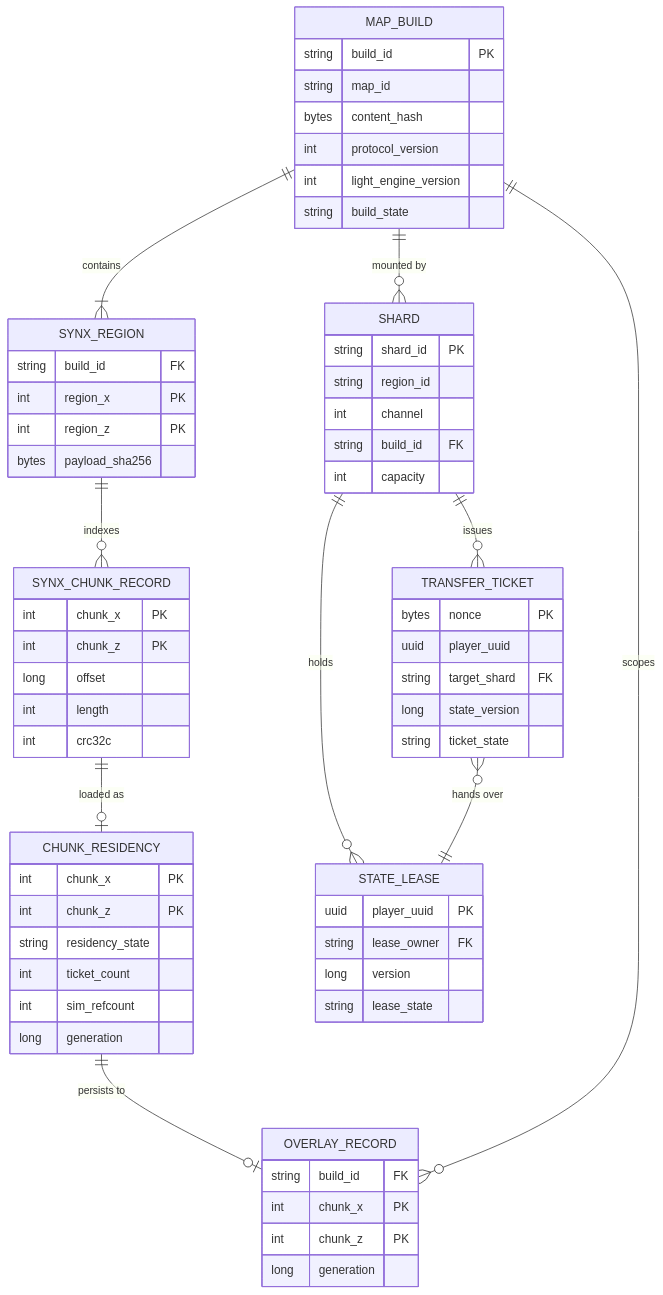
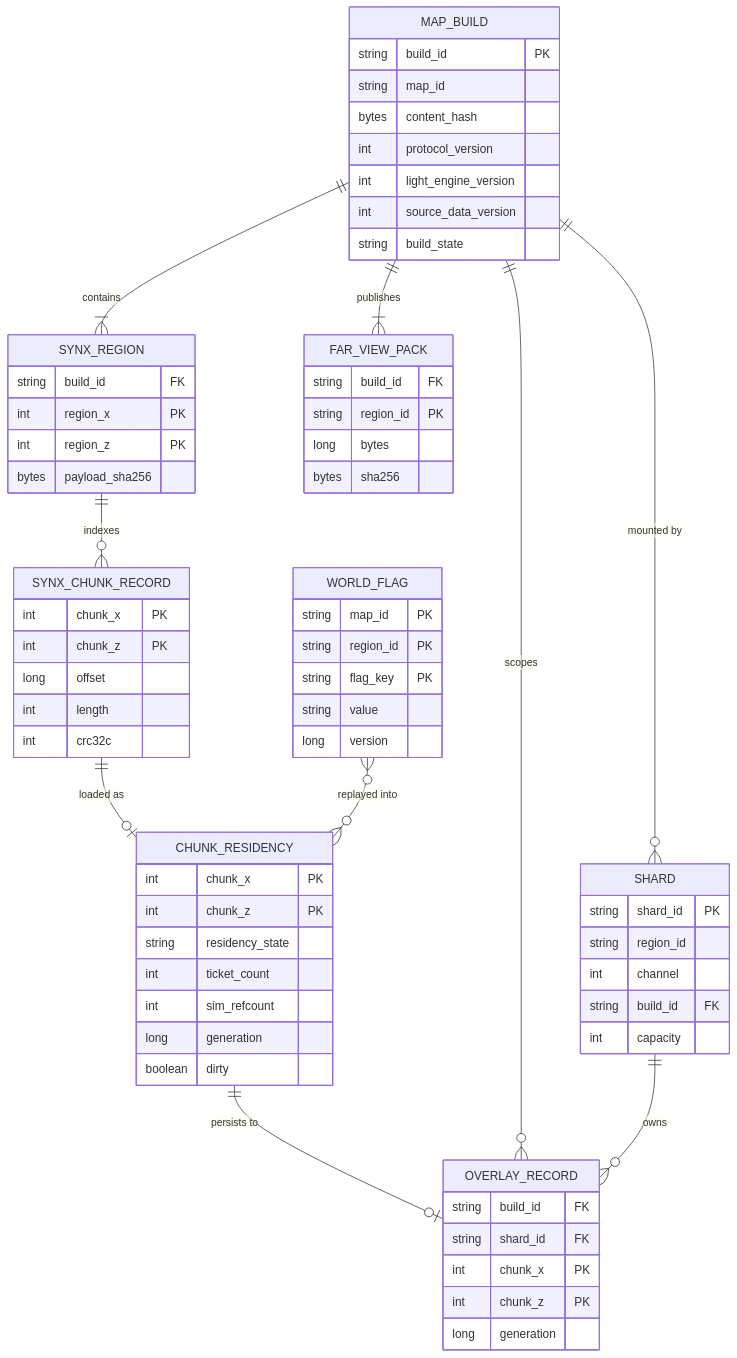
Before and after one commit to Bearisbug/synaxis: the second of 9 diagrams in docs/DESIGN-M3.md, drawn with Mermaid. The commit also changed other lines of this file and 5 other files, not shown here.

Commit message:
docs: DESIGN-M3 v0.3 for large world, storage, lighting and far view

````diff
--- a/docs/DESIGN-M3.md
+++ b/docs/DESIGN-M3.md
@@ -261,67 +313,70 @@
 ```mermaid
 erDiagram
   MAP_BUILD ||--|{ SYNX_REGION : contains
+  MAP_BUILD ||--|{ FAR_VIEW_PACK : publishes
   SYNX_REGION ||--o{ SYNX_CHUNK_RECORD : indexes
   SYNX_CHUNK_RECORD ||--o| CHUNK_RESIDENCY : "loaded as"
   CHUNK_RESIDENCY ||--o| OVERLAY_RECORD : "persists to"
   MAP_BUILD ||--o{ OVERLAY_RECORD : scopes
+  SHARD ||--o{ OVERLAY_RECORD : owns
   MAP_BUILD ||--o{ SHARD : "mounted by"
-  SHARD ||--o{ TRANSFER_TICKET : issues
-  SHARD ||--o{ STATE_LEASE : holds
-  TRANSFER_TICKET }o--|| STATE_LEASE : "hands over"
+  WORLD_FLAG }o--o{ CHUNK_RESIDENCY : "replayed into"
   MAP_BUILD {
     string build_id PK
     string map_id
     bytes content_hash
     int protocol_version
     int light_engine_version
+    int source_data_version
     string build_state
   }
   SYNX_REGION {
     string build_id FK
     int region_x PK
     int region_z PK
     bytes payload_sha256
   }
   SYNX_CHUNK_RECORD {
     int chunk_x PK
     int chunk_z PK
     long offset
     int length
     int crc32c
   }
+  FAR_VIEW_PACK {
+    string build_id FK
+    string region_id PK
+    long bytes
+    bytes sha256
+  }
   CHUNK_RESIDENCY {
     int chunk_x PK
     int chunk_z PK
     string residency_state
     int ticket_count
     int sim_refcount
     long generation
+    boolean dirty
   }
   OVERLAY_RECORD {
     string build_id FK
+    string shard_id FK
     int chunk_x PK
     int chunk_z PK
     long generation
   }
   SHARD {
     string shard_id PK
     string region_id
     int channel
     string build_id FK
     int capacity
   }
-  TRANSFER_TICKET {
-    bytes nonce PK
-    uuid player_uuid
-    string target_shard FK
-    long state_version
-    string ticket_state
-  }
-  STATE_LEASE {
-    uuid player_uuid PK
-    string lease_owner FK
+  WORLD_FLAG {
+    string map_id PK
+    string region_id PK
+    string flag_key PK
+    string value
     long version
-    string lease_state
   }
 ```
````
